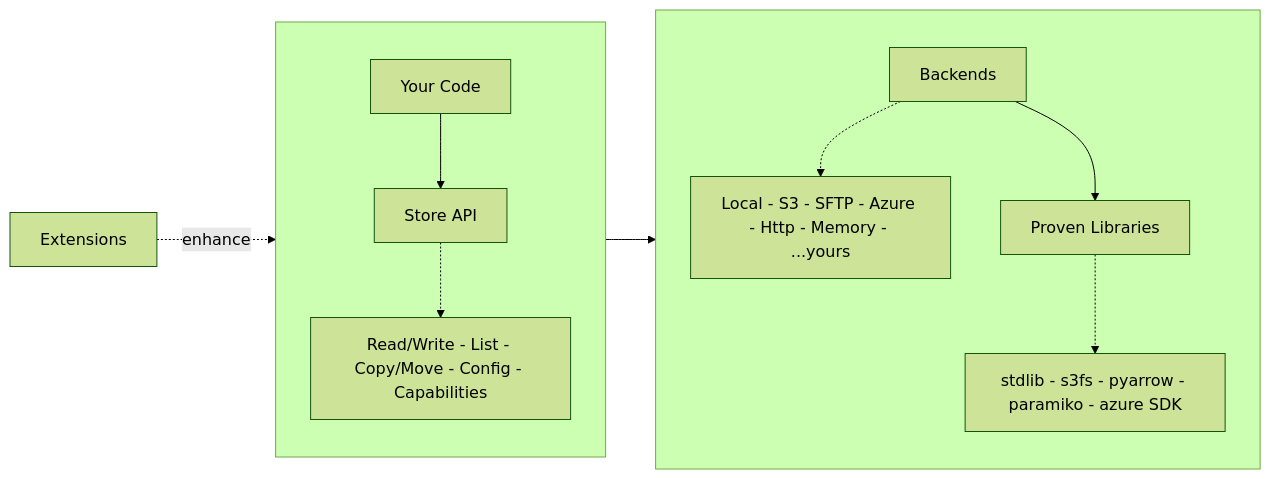
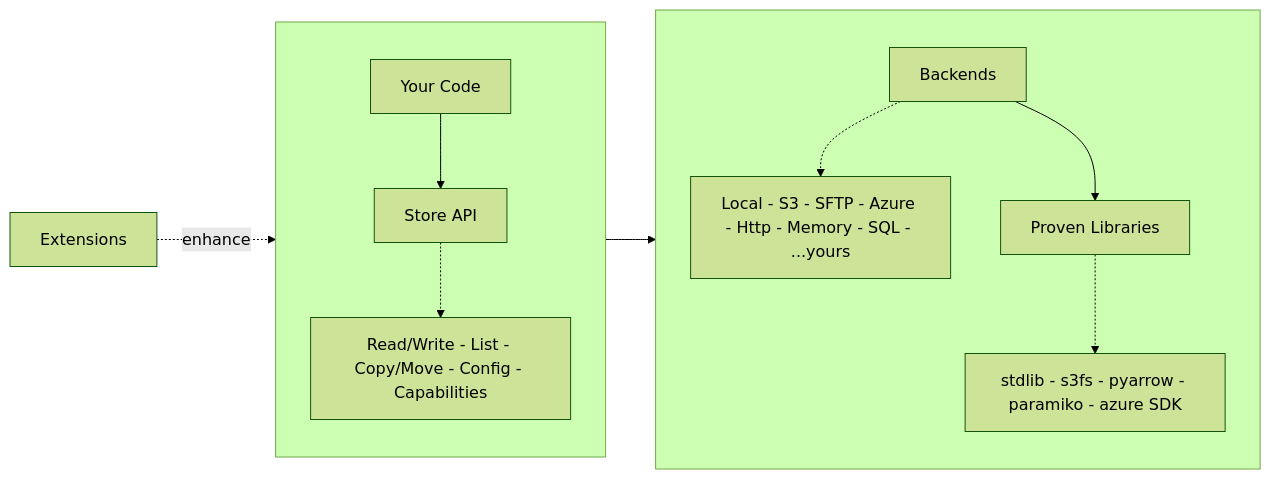
One commit to haalfi/remote-store changed the diagram in docs-src/index.md. Above: the diagram before and after it, drawn with Mermaid (forest theme). The commit also changed 16 other files, not shown here.

````diff
--- a/docs-src/index.md
+++ b/docs-src/index.md
@@ -19,27 +19,27 @@
 ```mermaid
 flowchart LR
     Ext["Extensions"]
 
     subgraph CORE[" "]
         direction TB
         API["Your Code"]
         Store["Store API"]
         Methods["Read/Write - List - Copy/Move - Config - Capabilities"]
         API --> Store
         Store -.-> Methods
     end
 
     subgraph INFRA[" "]
         direction TB
         Backends["Backends"]
-        B_list["Local - S3 - SFTP - Azure - Http - Memory - ...yours"]
+        B_list["Local - S3 - SFTP - Azure - Http - Memory - SQL - ...yours"]
         Libs["Proven Libraries"]
         L_list["stdlib - s3fs - pyarrow - paramiko - azure SDK"]
         Backends -.-> B_list
         Backends --> Libs
         Libs -.-> L_list
     end
 
     Ext -. enhance .-> CORE
     CORE --> INFRA
 ```
````
